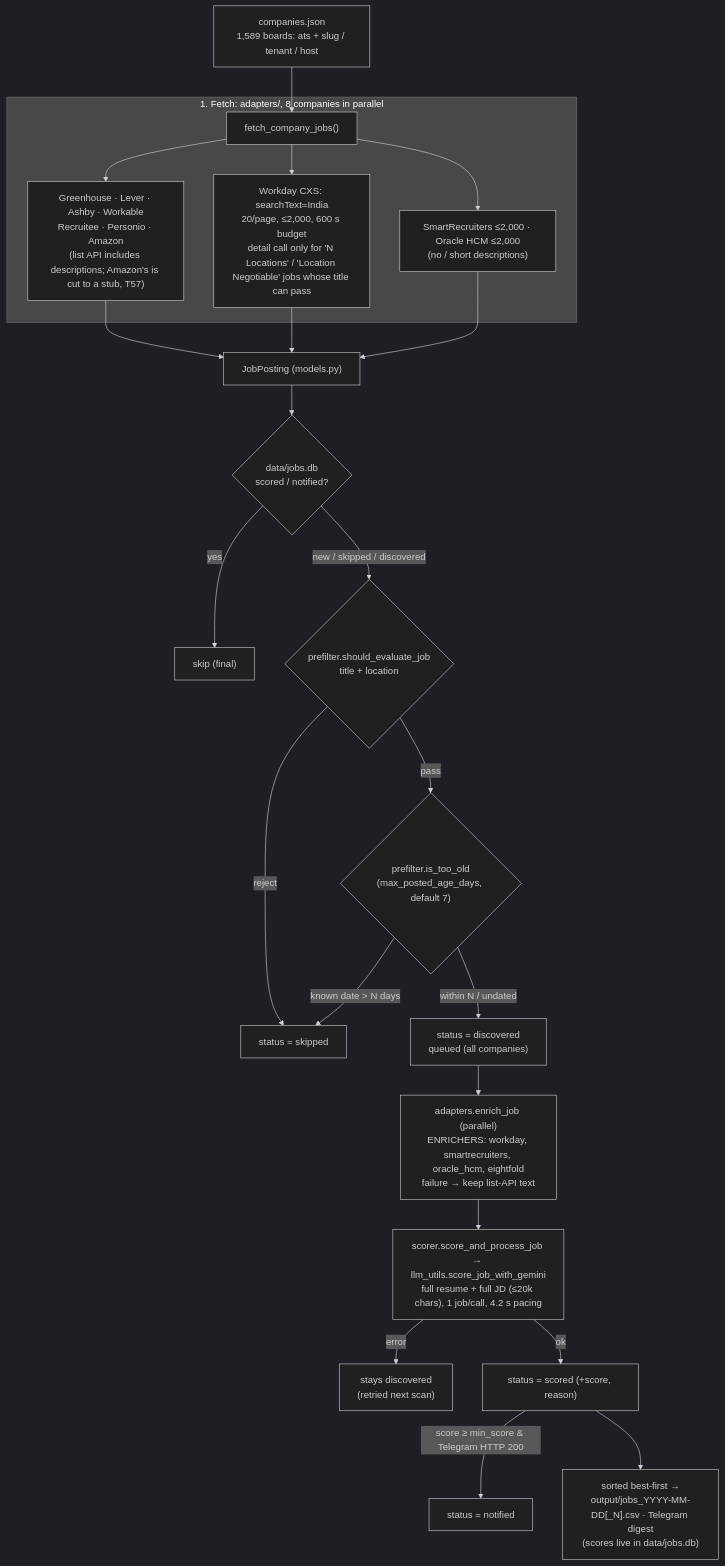
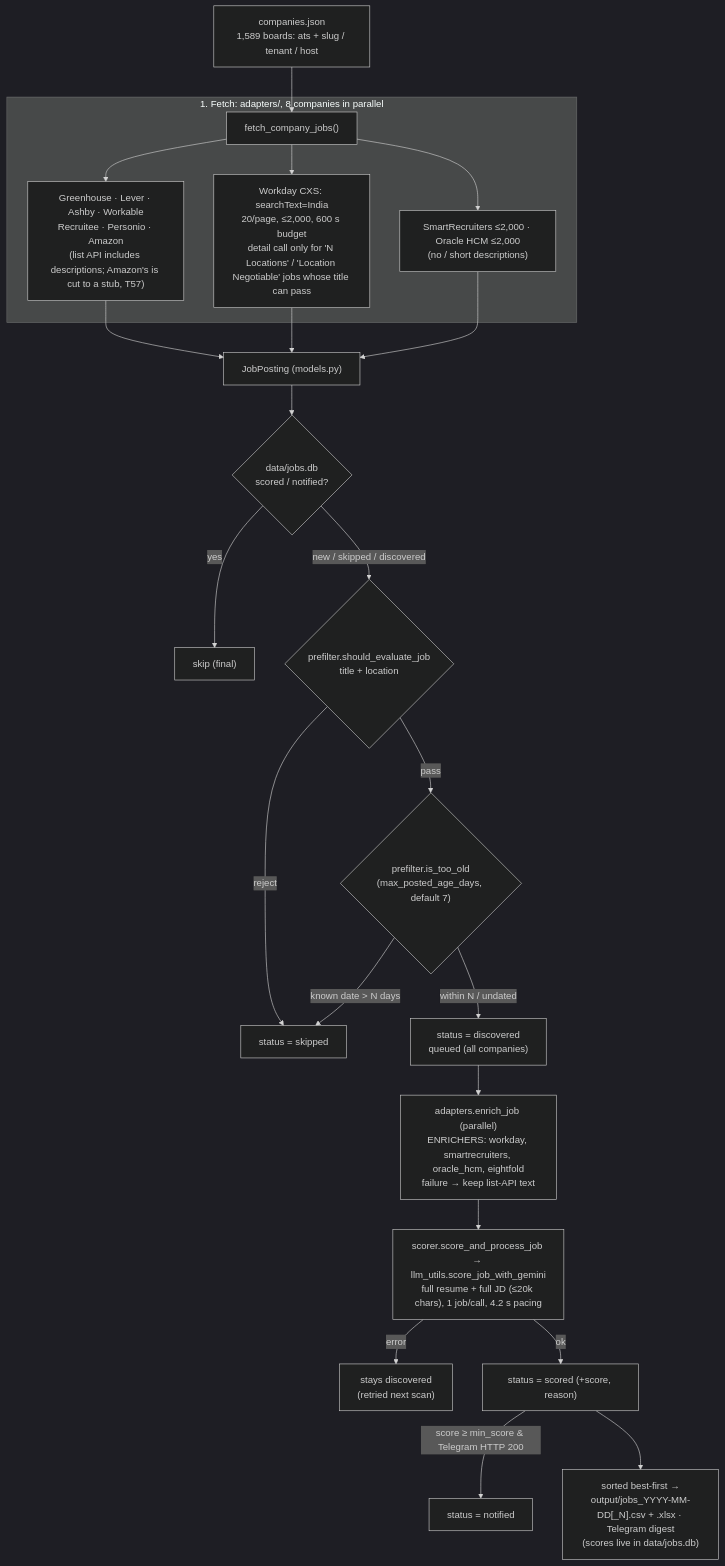
Before and after one commit to Manish814142/rolesight: the diagram in ARCHITECTURE.md, drawn with Mermaid (dark theme). The commit also changed other lines of this file and 19 other files, not shown here.

Commit message:
T128: CSV columns in reading order (Score first, Worth Applying last) and a formatted Excel report (.xlsx) beside every CSV

````diff
--- a/ARCHITECTURE.md
+++ b/ARCHITECTURE.md
@@ -19,25 +19,25 @@
 ```mermaid
 flowchart TD
     COMP["companies.json<br/>1,589 boards: ats + slug / tenant / host"] --> FETCH
     subgraph Fetch ["1. Fetch: adapters/, 8 companies in parallel"]
         FETCH["fetch_company_jobs()"] --> LISTAPI["Greenhouse · Lever · Ashby · Workable<br/>Recruitee · Personio · Amazon<br/>(list API includes descriptions; Amazon's is cut to a stub, T57)"]
         FETCH --> WD["Workday CXS: searchText=India<br/>20/page, ≤2,000, 600 s budget<br/>detail call only for 'N Locations' / 'Location Negotiable' jobs whose title can pass"]
         FETCH --> SROH["SmartRecruiters ≤2,000 · Oracle HCM ≤2,000<br/>(no / short descriptions)"]
     end
     LISTAPI --> JP["JobPosting (models.py)"]
     WD --> JP
     SROH --> JP
     JP --> DEDUP{"data/jobs.db<br/>scored / notified?"}
     DEDUP -- yes --> SKIPF["skip (final)"]
     DEDUP -- "new / skipped / discovered" --> PF{"prefilter.should_evaluate_job<br/>title + location"}
     PF -- reject --> SKIPPED["status = skipped"]
     PF -- pass --> AGE{"prefilter.is_too_old<br/>(max_posted_age_days, default 7)"}
     AGE -- "known date > N days" --> SKIPPED
     AGE -- "within N / undated" --> QUEUE["status = discovered<br/>queued (all companies)"]
     QUEUE --> ENRICH["adapters.enrich_job (parallel)<br/>ENRICHERS: workday, smartrecruiters, oracle_hcm, eightfold<br/>failure → keep list-API text"]
     ENRICH --> SCORE["scorer.score_and_process_job → llm_utils.score_job_with_gemini<br/>full resume + full JD (≤20k chars), 1 job/call, 4.2 s pacing"]
     SCORE -- error --> DISC["stays discovered<br/>(retried next scan)"]
     SCORE -- ok --> SCORED["status = scored (+score, reason)"]
     SCORED -- "score ≥ min_score & Telegram HTTP 200" --> NOTIFIED["status = notified"]
-    SCORED --> OUT["sorted best-first →<br/>output/jobs_YYYY-MM-DD[_N].csv · Telegram digest<br/>(scores live in data/jobs.db)"]
+    SCORED --> OUT["sorted best-first →<br/>output/jobs_YYYY-MM-DD[_N].csv + .xlsx · Telegram digest<br/>(scores live in data/jobs.db)"]
 ```
````
